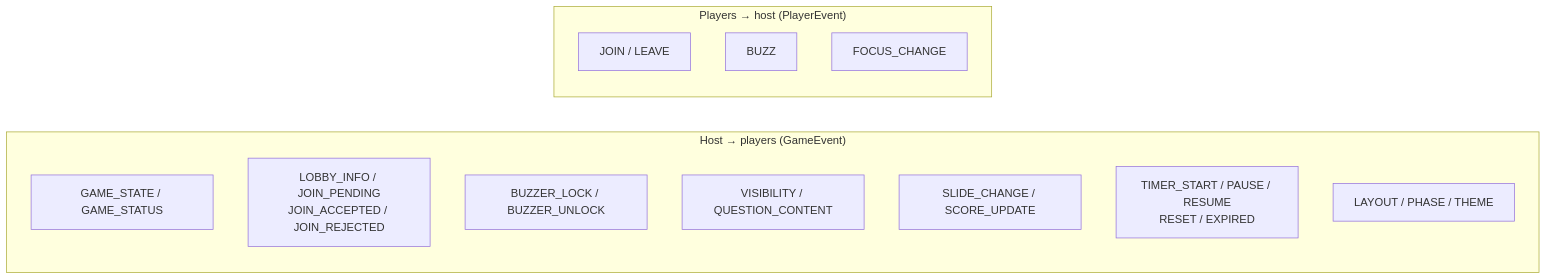
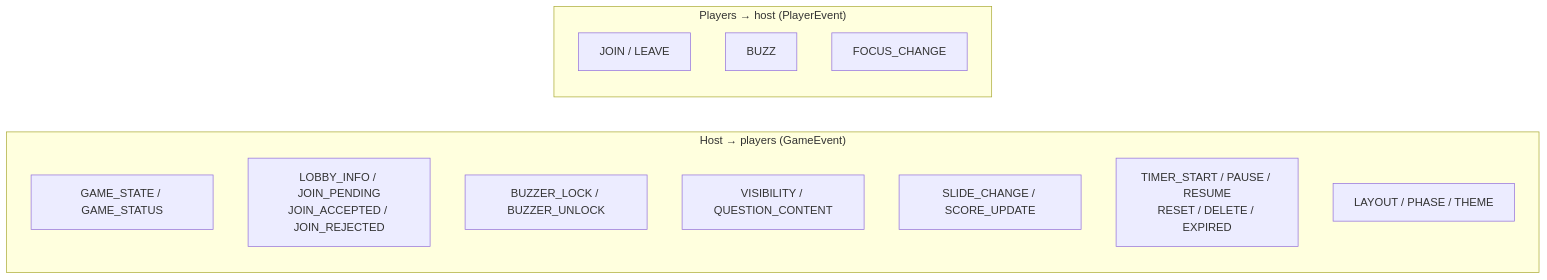
The sixth of 9 diagrams in docs/ARCHITECTURE.md (morbeo/viktorani), drawn with Mermaid before and after one commit. The commit also changed 7 other files, not shown here.

````diff
--- a/docs/ARCHITECTURE.md
+++ b/docs/ARCHITECTURE.md
@@ -322,19 +322,19 @@
 ```mermaid
 flowchart LR
   subgraph GameEvent["Host → players (GameEvent)"]
     direction TB
     g1[GAME_STATE / GAME_STATUS]
     g2[LOBBY_INFO / JOIN_PENDING<br/>JOIN_ACCEPTED / JOIN_REJECTED]
     g3[BUZZER_LOCK / BUZZER_UNLOCK]
     g4[VISIBILITY / QUESTION_CONTENT]
     g5[SLIDE_CHANGE / SCORE_UPDATE]
-    g6[TIMER_START / PAUSE / RESUME<br/>RESET / EXPIRED]
+    g6[TIMER_START / PAUSE / RESUME<br/>RESET / DELETE / EXPIRED]
     g7[LAYOUT / PHASE / THEME]
   end
   subgraph PlayerEvent["Players → host (PlayerEvent)"]
     direction TB
     p1[JOIN / LEAVE]
     p2[BUZZ]
     p3[FOCUS_CHANGE]
   end
 ```
````
